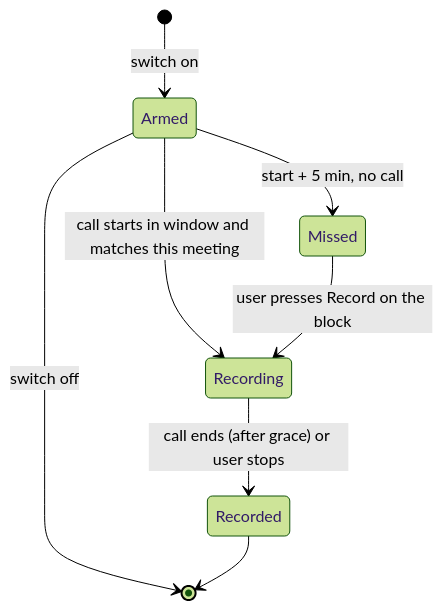
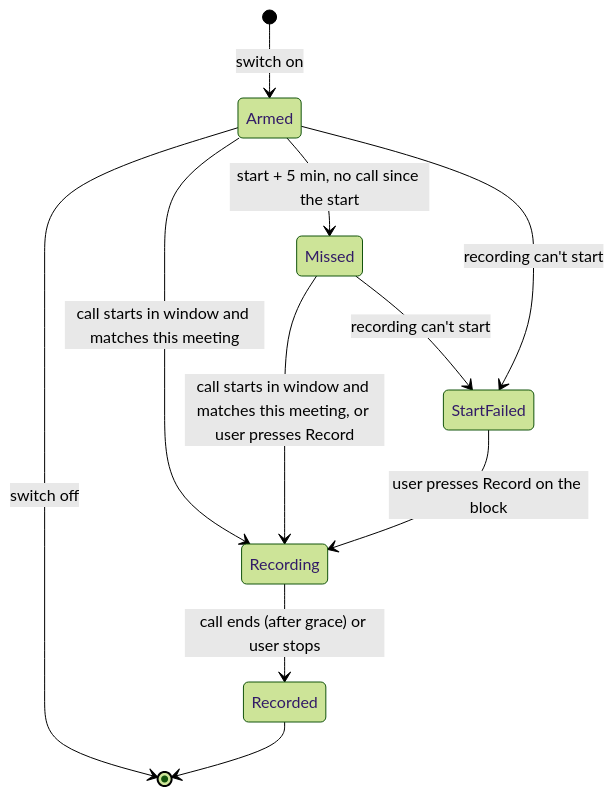
One commit to incubyte/scribe changed the second of 4 diagrams in docs/specs/009-outlook-calendar-linking.md. Above: the diagram before and after it, drawn with Mermaid (forest theme). The commit also changed other lines of this file and 37 other files, not shown here.

````diff
--- a/docs/specs/009-outlook-calendar-linking.md
+++ b/docs/specs/009-outlook-calendar-linking.md
@@ -275,10 +275,13 @@
 ```mermaid
 stateDiagram-v2
   [*] --> Armed: switch on
   Armed --> [*]: switch off
   Armed --> Recording: call starts in window and matches this meeting
-  Armed --> Missed: start + 5 min, no call
-  Missed --> Recording: user presses Record on the block
+  Armed --> Missed: start + 5 min, no call since the start
+  Missed --> Recording: call starts in window and matches this meeting, or user presses Record
+  Armed --> StartFailed: recording can't start
+  Missed --> StartFailed: recording can't start
+  StartFailed --> Recording: user presses Record on the block
   Recording --> Recorded: call ends (after grace) or user stops
   Recorded --> [*]
 ```
````
